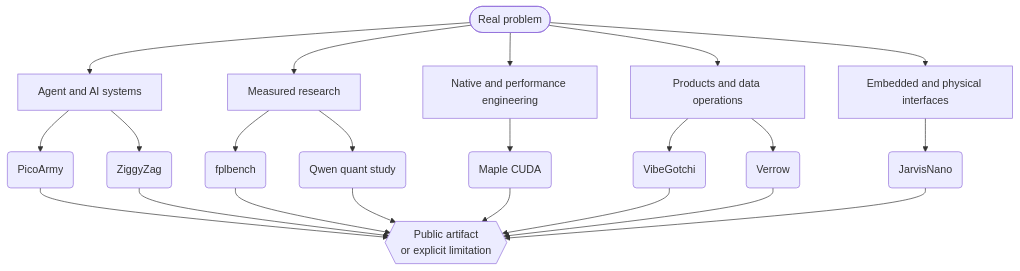
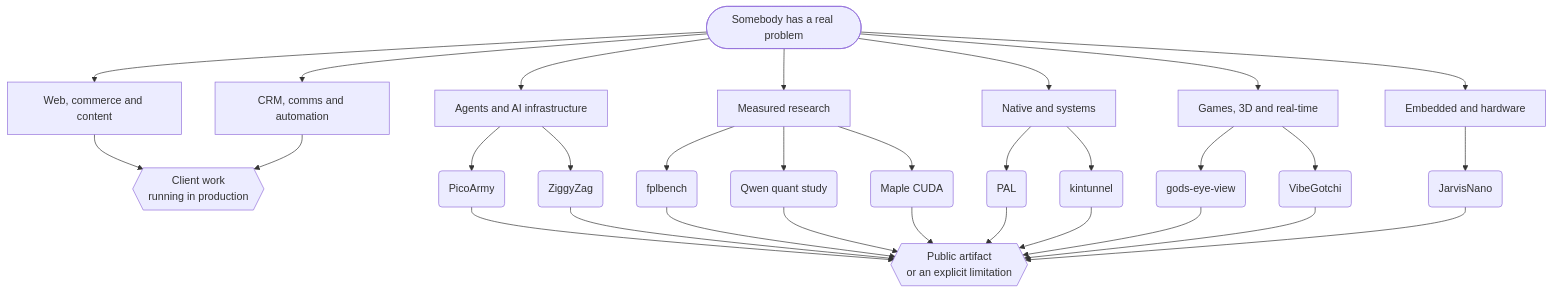
The diagram in README.md (PascalAI2024/PascalAI2024), drawn with Mermaid before and after one commit. The commit also changed other lines of this file and 2 other files, not shown here.

````diff
--- a/README.md
+++ b/README.md
@@ -143,26 +159,34 @@
 ```mermaid
 flowchart TB
-    P([Real problem]) --> A[Agent and AI systems]
+    P([Somebody has a real problem]) --> W[Web, commerce and content]
+    P --> C[CRM, comms and automation]
+    P --> A[Agents and AI infrastructure]
     P --> R[Measured research]
-    P --> S[Native and performance engineering]
-    P --> D[Products and data operations]
-    P --> H[Embedded and physical interfaces]
+    P --> S[Native and systems]
+    P --> G[Games, 3D and real-time]
+    P --> H[Embedded and hardware]
 
+    W --> CL{{Client work<br/>running in production}}
+    C --> CL
     A --> PA(PicoArmy)
     A --> ZZ(ZiggyZag)
     R --> F(fplbench)
     R --> Q(Qwen quant study)
-    S --> M(Maple CUDA)
-    D --> VG(VibeGotchi)
-    D --> V(Verrow)
+    R --> M(Maple CUDA)
+    S --> PL(PAL)
+    S --> KT(kintunnel)
+    G --> GE(gods-eye-view)
+    G --> VG(VibeGotchi)
     H --> J(JarvisNano)
 
-    PA --> E{{Public artifact<br/>or explicit limitation}}
+    PA --> E{{Public artifact<br/>or an explicit limitation}}
     ZZ --> E
     F --> E
     Q --> E
     M --> E
+    PL --> E
+    KT --> E
+    GE --> E
     VG --> E
-    V --> E
     J --> E
 ```
````
